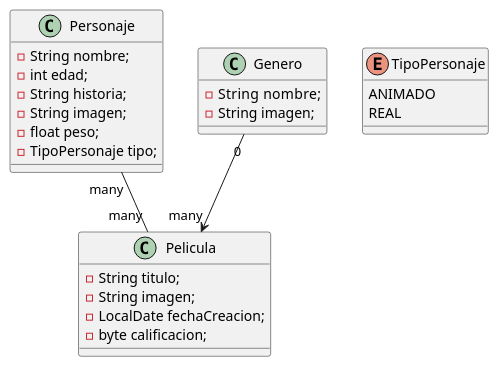
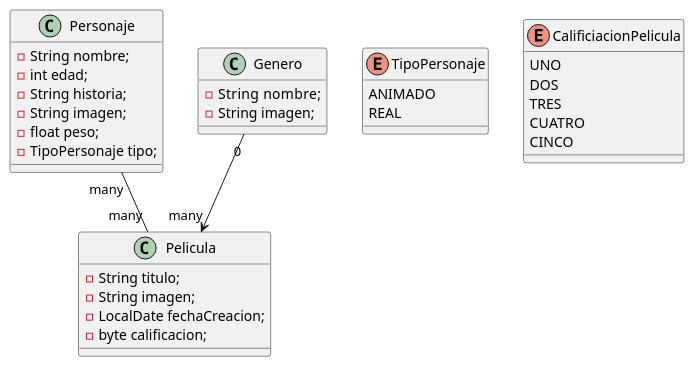
Before and after one commit to MansillaLucas/Disney-Gradle-Migration: the diagram in src/main/java/com/javadabadu/disney/UML/modeladoUML.puml, drawn with PlantUML.

Commit message:
se agrego CalificacionPelicula al UML

```diff
--- a/src/main/java/com/javadabadu/disney/UML/modeladoUML.puml
+++ b/src/main/java/com/javadabadu/disney/UML/modeladoUML.puml
@@ -1,34 +1,41 @@
 @startuml
 Personaje "many" -- "many" Pelicula
 Genero  "0"--> "many" Pelicula
 
  class Personaje {
     - String nombre;
     - int edad;
     - String historia;
     - String imagen;
     - float peso;
     - TipoPersonaje tipo;
 }
 
  class Genero {
      - String  nombre;
      - String imagen;
 }
 
  class Pelicula {
     - String titulo;
     - String imagen;
     - LocalDate fechaCreacion;
     - byte calificacion;
 }
 
 
 enum TipoPersonaje {
     ANIMADO
     REAL
 }
 
+enum CalificiacionPelicula {
+    UNO
+    DOS
+    TRES
+    CUATRO
+    CINCO
+}
 
 
 @enduml
```
